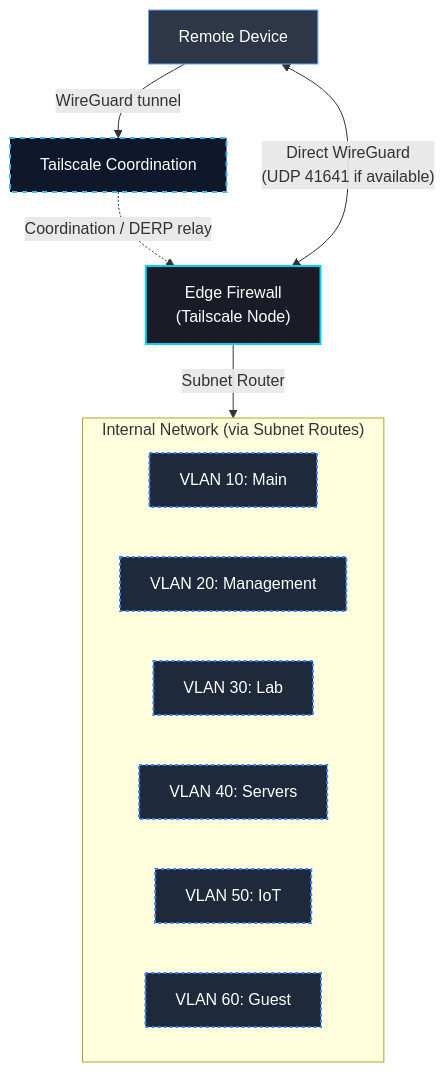
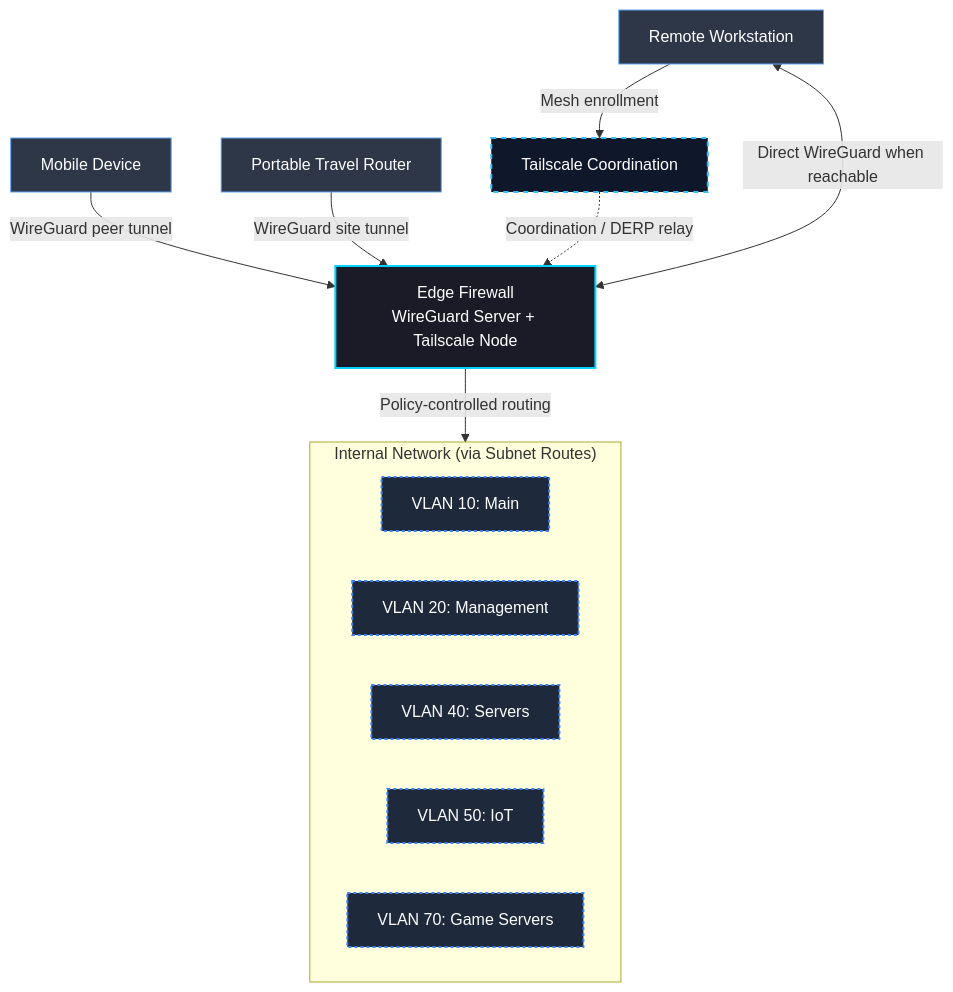
One commit to gurvinny/home-network-lab changed the diagram in security/vpn-access/README.md. Above: the diagram before and after it, drawn with Mermaid. The commit also changed other lines of this file and 1 other file, not shown here.

First line of the commit message:
docs: document WireGuard and Tailscale remote access paths

````diff
--- a/security/vpn-access/README.md
+++ b/security/vpn-access/README.md
@@ -23,29 +38,32 @@
 ```mermaid
 flowchart TB
     %% Cyber Sec Grey/Blue Theme
     classDef device fill:#2d3748,stroke:#60a5fa,stroke-width:1px,color:#ffffff;
     classDef internet fill:#0f172a,stroke:#38bdf8,stroke-width:2px,color:#ffffff,stroke-dasharray: 5 5;
     classDef firewall fill:#1a1b26,stroke:#00d2ff,stroke-width:2px,color:#ffffff;
     classDef vlan fill:#1e293b,stroke:#3b82f6,stroke-width:2px,stroke-dasharray: 3 3,color:#ffffff;
     classDef vpn fill:#0f172a,stroke:#2ea043,stroke-width:2px,color:#ffffff,stroke-dasharray: 5 5;
 
-    RemoteDevice["Remote Device"]:::device
+    Mobile["Mobile Device"]:::device
+    TravelRouter["Portable Travel Router"]:::device
+    Workstation["Remote Workstation"]:::device
     TailscaleCloud["Tailscale Coordination"]:::internet
-    EdgeFW["Edge Firewall\n(Tailscale Node)"]:::firewall
+    EdgeFW["Edge Firewall<br/>WireGuard Server + Tailscale Node"]:::firewall
 
-    RemoteDevice -->|"WireGuard tunnel"| TailscaleCloud
+    Mobile -->|"WireGuard peer tunnel"| EdgeFW
+    TravelRouter -->|"WireGuard site tunnel"| EdgeFW
+    Workstation -->|"Mesh enrollment"| TailscaleCloud
     TailscaleCloud -.->|"Coordination / DERP relay"| EdgeFW
-    RemoteDevice <-->|"Direct WireGuard\n(UDP 41641 if available)"| EdgeFW
+    Workstation <-->|"Direct WireGuard when reachable"| EdgeFW
 
     subgraph Internal ["Internal Network (via Subnet Routes)"]
         direction LR
         VLAN10["VLAN 10: Main"]:::vlan
         VLAN20["VLAN 20: Management"]:::vlan
-        VLAN30["VLAN 30: Lab"]:::vlan
         VLAN40["VLAN 40: Servers"]:::vlan
         VLAN50["VLAN 50: IoT"]:::vlan
-        VLAN60["VLAN 60: Guest"]:::vlan
+        VLAN70["VLAN 70: Game Servers"]:::vlan
     end
 
-    EdgeFW -->|"Subnet Router"| Internal
+    EdgeFW -->|"Policy-controlled routing"| Internal
 ```
````
